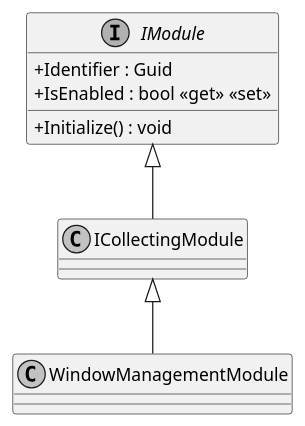
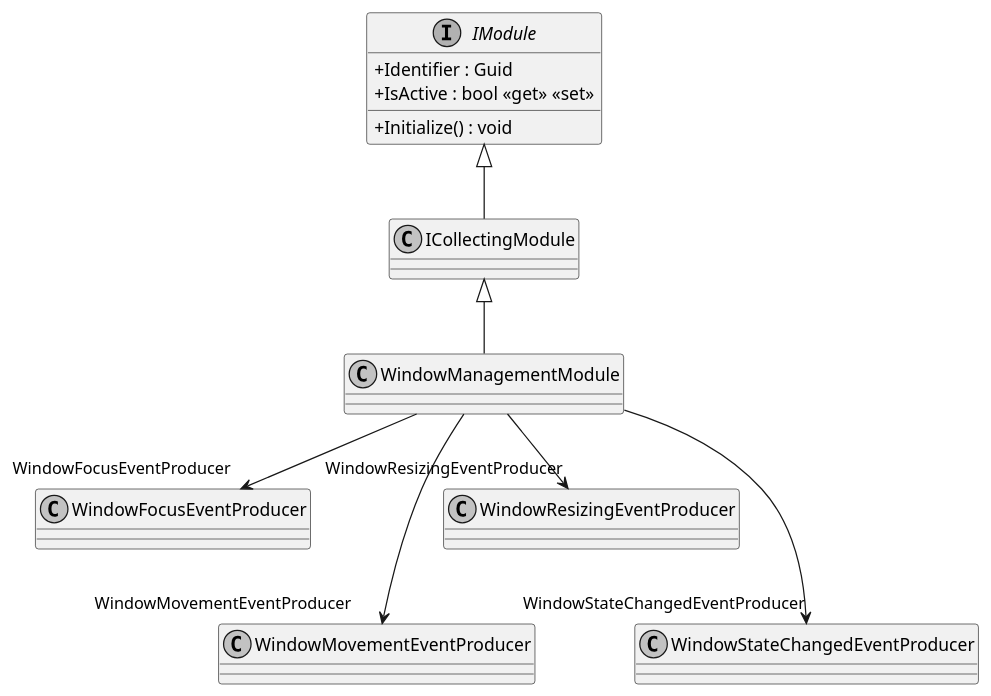
Before and after one commit to insightmind/MORR: the diagram in documents/sd/plantuml/application/Modules/WindowManagement/WindowManagementModule.puml, drawn with PlantUML. The commit also changed 9 other files, not shown here.

Commit message:
Add updated puml for window management module

```diff
--- a/documents/sd/plantuml/application/Modules/WindowManagement/WindowManagementModule.puml
+++ b/documents/sd/plantuml/application/Modules/WindowManagement/WindowManagementModule.puml
@@ -1,17 +1,21 @@
 @startuml
 skinparam monochrome true
 skinparam classAttributeIconSize 0
 
 class WindowManagementModule {
 }
 
 ICollectingModule <|-- WindowManagementModule
 
 interface IModule {
     + Identifier : Guid
-    + IsEnabled : bool <<get>> <<set>>
+    + IsActive : bool <<get>> <<set>>
     + Initialize() : void
 }
 
 IModule <|-- ICollectingModule
+WindowManagementModule --> "WindowFocusEventProducer" WindowFocusEventProducer
+WindowManagementModule ---> "WindowMovementEventProducer" WindowMovementEventProducer
+WindowManagementModule --> "       WindowResizingEventProducer" WindowResizingEventProducer
+WindowManagementModule ---> "WindowStateChangedEventProducer" WindowStateChangedEventProducer
 @enduml
```
